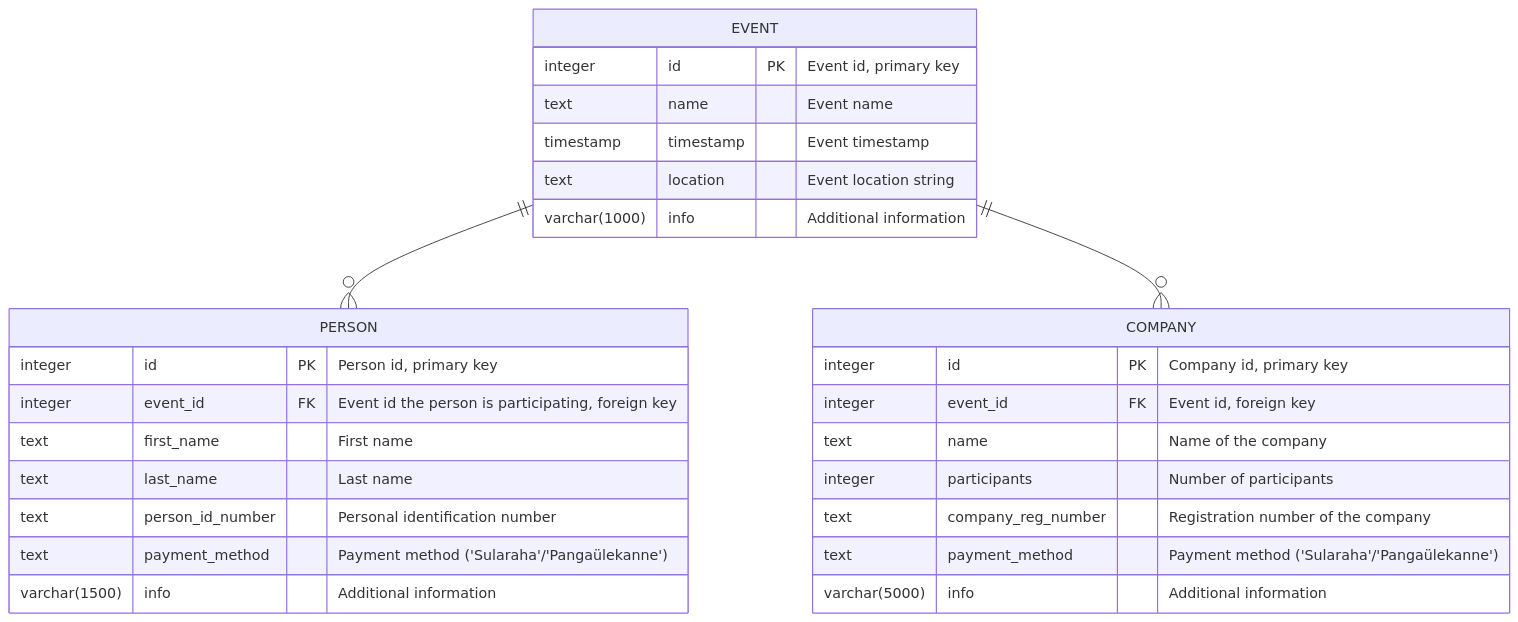
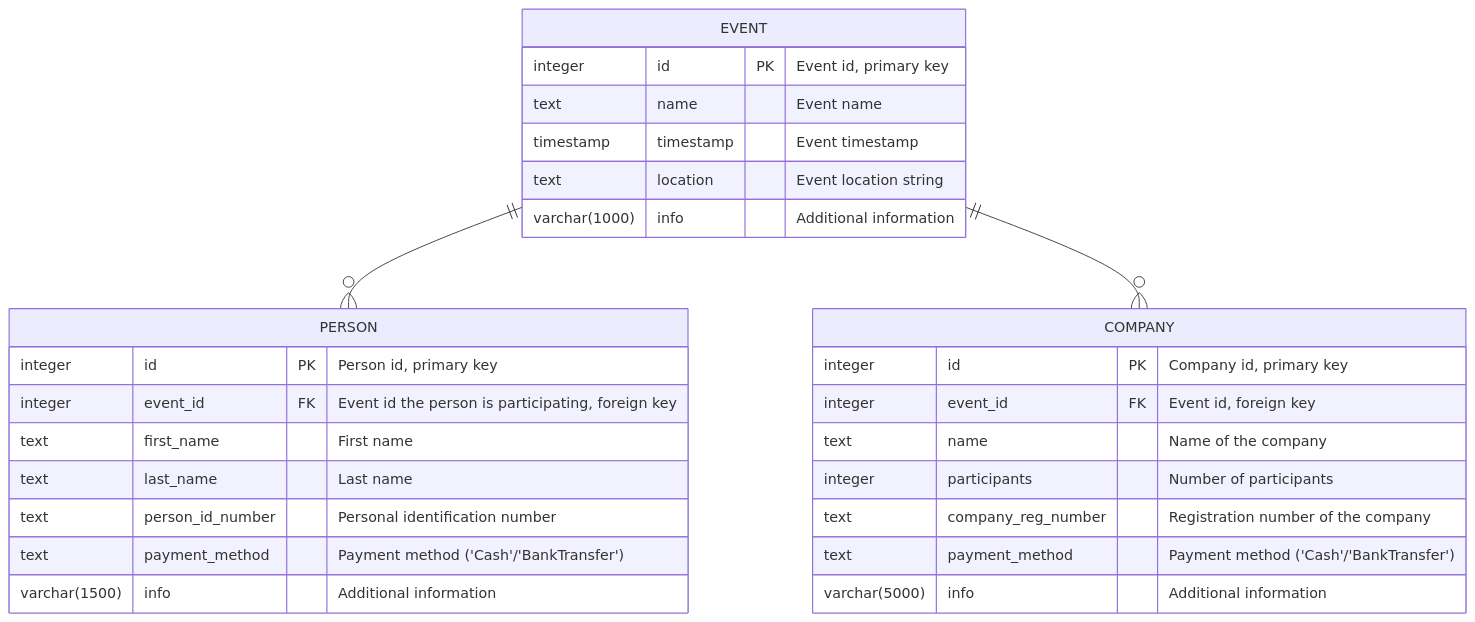
Before and after one commit to kongaskristjan/EventBooking: the diagram in README.md, drawn with Mermaid. The commit also changed 6 other files, not shown here.

````diff
--- a/README.md
+++ b/README.md
@@ -5,31 +5,31 @@
 ```mermaid
 erDiagram
 
     EVENT {
         integer id PK "Event id, primary key"
         text name "Event name"
         timestamp timestamp "Event timestamp"
         text location "Event location string"
         varchar(1000) info "Additional information"
     }
     PERSON {
         integer id PK "Person id, primary key"
         integer event_id FK "Event id the person is participating, foreign key"
         text first_name "First name"
         text last_name "Last name"
         text person_id_number "Personal identification number"
-        text payment_method "Payment method ('Sularaha'/'Pangaülekanne')"
+        text payment_method "Payment method ('Cash'/'BankTransfer')"
         varchar(1500) info "Additional information"
     }
     COMPANY {
         integer id PK "Company id, primary key"
         integer event_id FK "Event id, foreign key"
         text name "Name of the company"
         integer participants "Number of participants"
         text company_reg_number "Registration number of the company"
-        text payment_method "Payment method ('Sularaha'/'Pangaülekanne')"
+        text payment_method "Payment method ('Cash'/'BankTransfer')"
         varchar(5000) info "Additional information"
     }
     EVENT ||--o{ PERSON : ""
     EVENT ||--o{ COMPANY : ""
 ```
````
